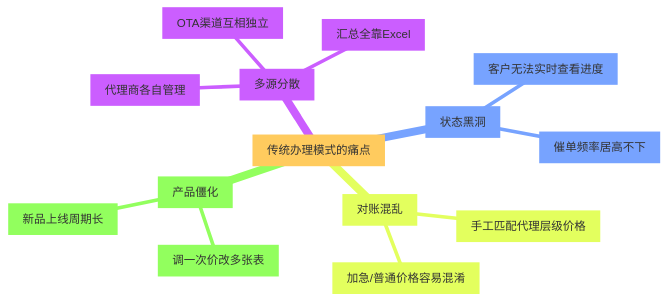
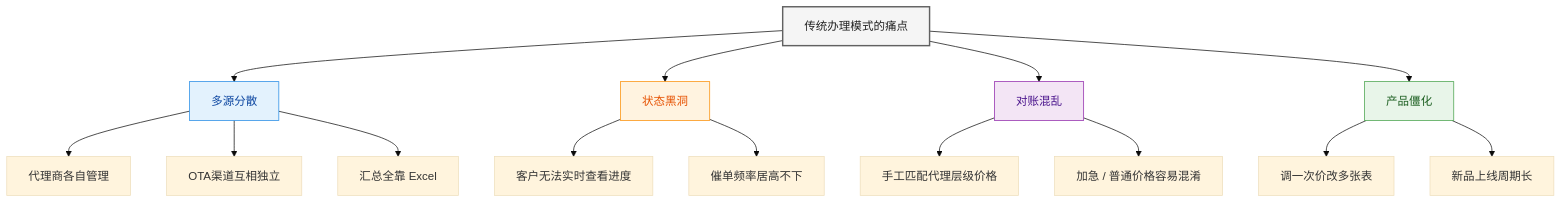
One commit to y15138550722-ops/mei-ka changed the first of 5 diagrams in specs/MEI_KA_YANSHI.md. Above: the diagram before and after it, drawn with Mermaid (base theme). The commit also changed other lines of this file, not shown here.

````diff
--- a/specs/MEI_KA_YANSHI.md
+++ b/specs/MEI_KA_YANSHI.md
@@ -21,17 +21,27 @@
 ```mermaid
-mindmap
-  root["传统办理模式的痛点"]
-    pain1["多源分散"]
-      d1["代理商各自管理"]
-      d2["OTA渠道互相独立"]
-      d3["汇总全靠Excel"]
-    pain2["状态黑洞"]
-      d4["客户无法实时查看进度"]
-      d5["催单频率居高不下"]
-    pain3["对账混乱"]
-      d6["手工匹配代理层级价格"]
-      d7["加急/普通价格容易混淆"]
-    pain4["产品僵化"]
-      d8["调一次价改多张表"]
-      d9["新品上线周期长"]
+graph TD
+    root["传统办理模式的痛点"]
+
+    root --> pain1["多源分散"]
+    pain1 --> d1["代理商各自管理"]
+    pain1 --> d2["OTA渠道互相独立"]
+    pain1 --> d3["汇总全靠 Excel"]
+
+    root --> pain2["状态黑洞"]
+    pain2 --> d4["客户无法实时查看进度"]
+    pain2 --> d5["催单频率居高不下"]
+
+    root --> pain3["对账混乱"]
+    pain3 --> d6["手工匹配代理层级价格"]
+    pain3 --> d7["加急 / 普通价格容易混淆"]
+
+    root --> pain4["产品僵化"]
+    pain4 --> d8["调一次价改多张表"]
+    pain4 --> d9["新品上线周期长"]
+
+    style root fill:#F5F5F5,stroke:#616161,stroke-width:2px,color:#212121
+    style pain1 fill:#E3F2FD,stroke:#1E88E5,color:#0D47A1
+    style pain2 fill:#FFF3E0,stroke:#FB8C00,color:#E65100
+    style pain3 fill:#F3E5F5,stroke:#8E24AA,color:#4A148C
+    style pain4 fill:#E8F5E9,stroke:#43A047,color:#1B5E20
 ```
````
